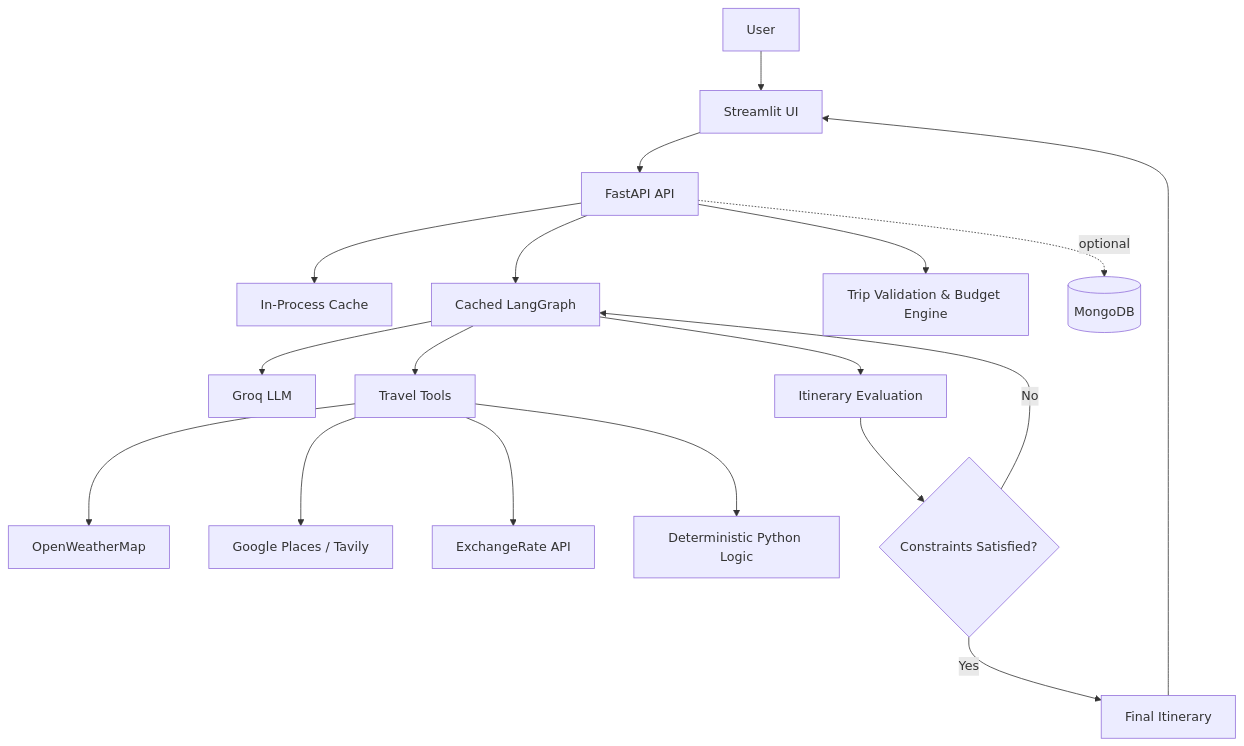
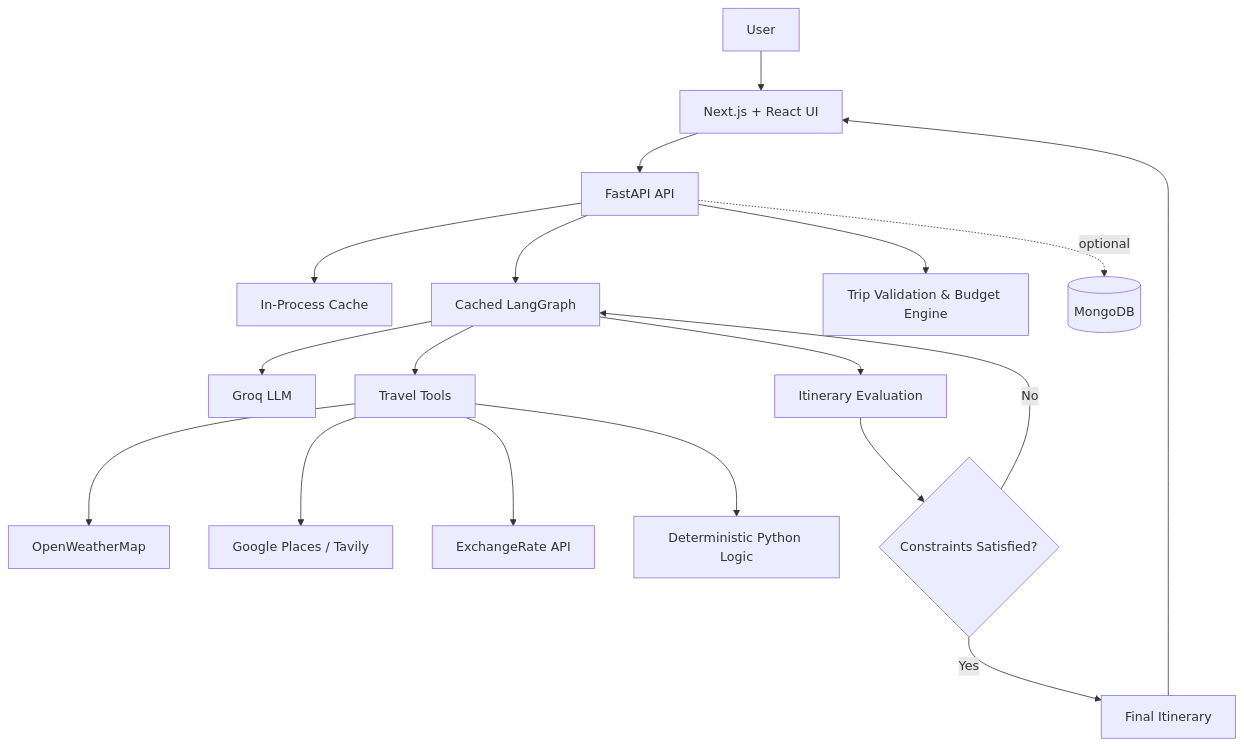
Before and after one commit to rishipatel092005/Agentic-Travel-Orchestrator: the diagram in README.md, drawn with Mermaid. The commit also changed other lines of this file, not shown here.

````diff
--- a/README.md
+++ b/README.md
@@ -35,27 +53,27 @@
 ```mermaid
 flowchart TD
-    User[User] --> UI[Streamlit UI]
+    User[User] --> UI[Next.js + React UI]
     UI --> API[FastAPI API]
 
     API --> Cache[In-Process Cache]
     API --> Graph[Cached LangGraph]
 
     Graph --> LLM[Groq LLM]
     Graph --> Tools[Travel Tools]
 
     Tools --> Weather[OpenWeatherMap]
     Tools --> Places[Google Places / Tavily]
     Tools --> Currency[ExchangeRate API]
     Tools --> Math[Deterministic Python Logic]
 
     API --> Validation[Trip Validation & Budget Engine]
     API -. optional .-> Mongo[(MongoDB)]
 
     Graph --> Evaluation[Itinerary Evaluation]
     Evaluation --> Decision{Constraints Satisfied?}
 
     Decision -->|No| Graph
     Decision -->|Yes| Result[Final Itinerary]
 
     Result --> UI
 ```
````
